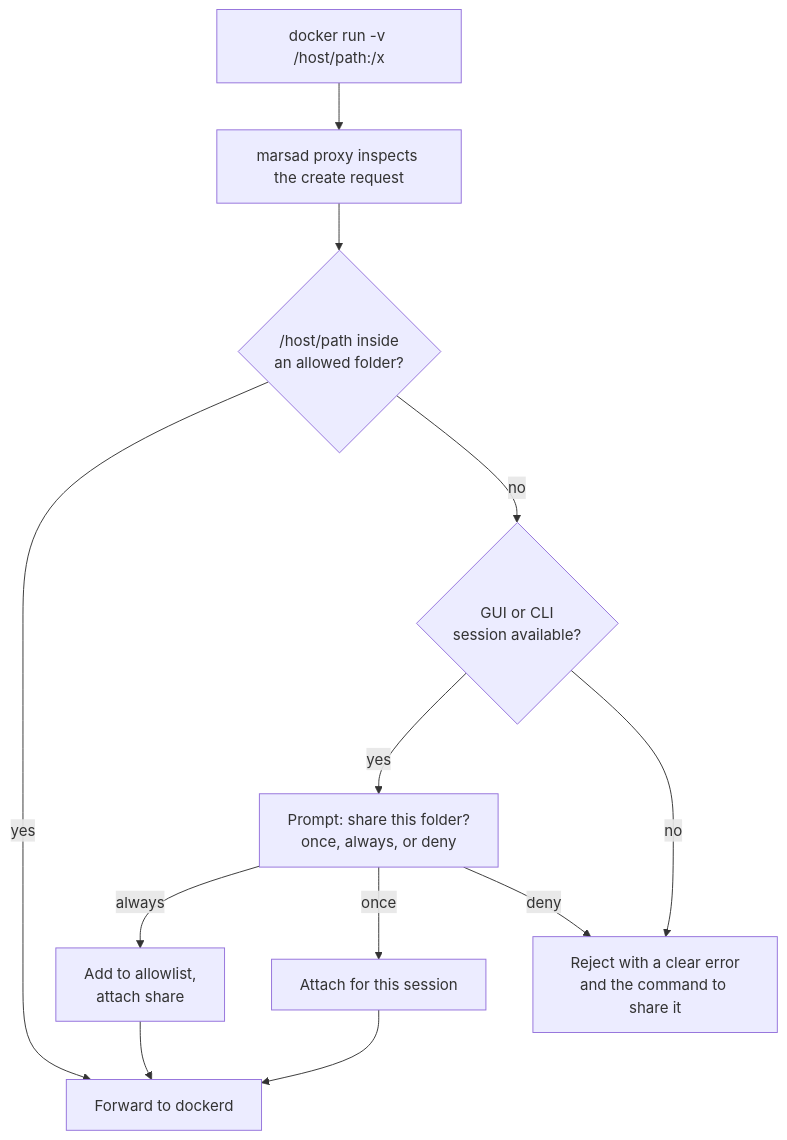
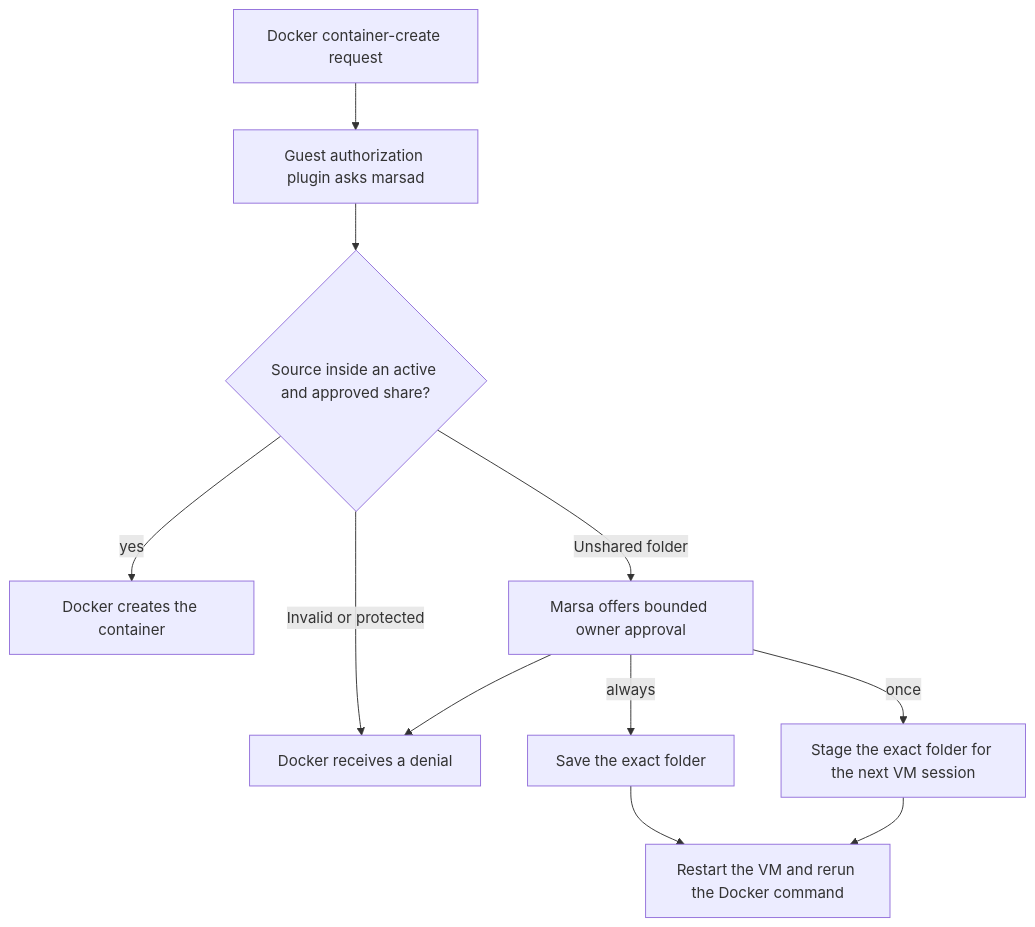
Before and after one commit to nasraldin/marsa: the second of 3 diagrams in docs/07-file-sharing-and-storage.md, drawn with Mermaid. The commit also changed other lines of this file and 7 other files, not shown here.

````diff
--- a/docs/07-file-sharing-and-storage.md
+++ b/docs/07-file-sharing-and-storage.md
@@ -46,12 +46,13 @@
 ```mermaid
 flowchart TD
-    req["docker run -v /host/path:/x"] --> p["marsad proxy inspects the create request"]
-    p --> q{"/host/path inside<br/>an allowed folder?"}
-    q -- yes --> fwd["Forward to dockerd"]
-    q -- no --> gui{"GUI or CLI<br/>session available?"}
-    gui -- yes --> ask["Prompt: share this folder?<br/>once, always, or deny"]
-    gui -- no --> deny["Reject with a clear error<br/>and the command to share it"]
-    ask -- always --> add["Add to allowlist,<br/>attach share"] --> fwd
-    ask -- once --> tmp["Attach for this session"] --> fwd
-    ask -- deny --> deny
+    req["Docker container-create request"] --> p["Guest authorization plugin asks marsad"]
+    p --> q{"Source inside an active and approved share?"}
+    q -- yes --> mount["Docker creates the container"]
+    q -- "Unshared folder" --> ask["Marsa offers bounded owner approval"]
+    q -- "Invalid or protected" --> deny["Docker receives a denial"]
+    ask --> deny
+    ask -- always --> add["Save the exact folder"]
+    ask -- once --> tmp["Stage the exact folder for the next VM session"]
+    add --> apply["Restart the VM and rerun the Docker command"]
+    tmp --> apply
 ```
````
